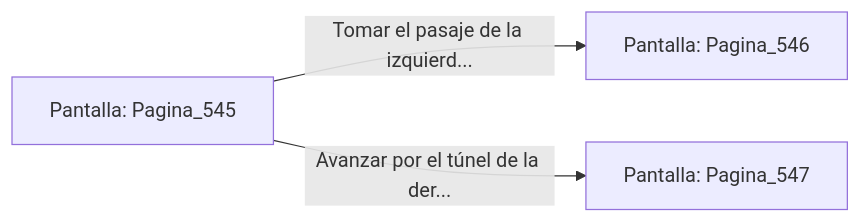
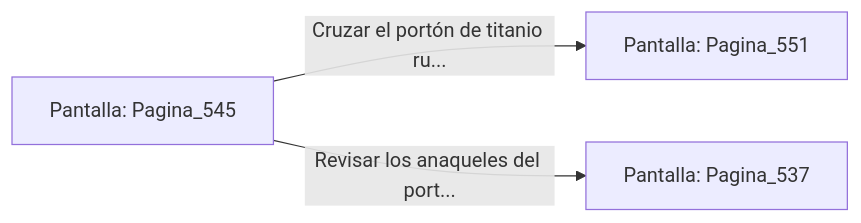
The diagram in sample/eligejuego-vault/Pantalla_Pagina_545.md (metsuke/mpl), drawn with Mermaid before and after one commit. The commit also changed other lines of this file and 635 other files, not shown here.

First line of the commit message:
fix: añadir Pagina_1 como pantalla inicial en capitulo_01.mpl

````diff
--- a/sample/eligejuego-vault/Pantalla_Pagina_545.md
+++ b/sample/eligejuego-vault/Pantalla_Pagina_545.md
@@ -20,6 +24,6 @@
 ```mermaid
 graph LR
     P_Pagina_545["Pantalla: Pagina_545"]
-    P_Pagina_545 -->|"Tomar el pasaje de la izquierd..."| P_Pagina_546["Pantalla: Pagina_546"]
-    P_Pagina_545 -->|"Avanzar por el túnel de la der..."| P_Pagina_547["Pantalla: Pagina_547"]
+    P_Pagina_545 -->|"Cruzar el portón de titanio ru..."| P_Pagina_551["Pantalla: Pagina_551"]
+    P_Pagina_545 -->|"Revisar los anaqueles del port..."| P_Pagina_537["Pantalla: Pagina_537"]
 ```
````
